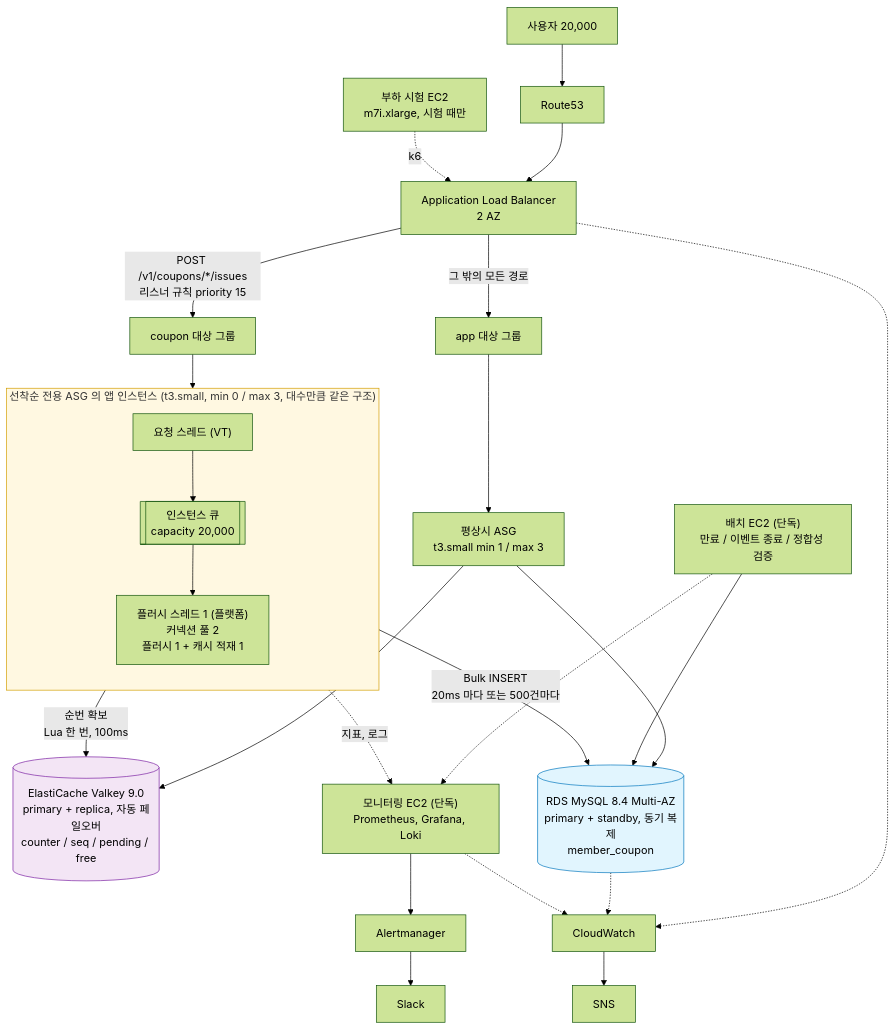
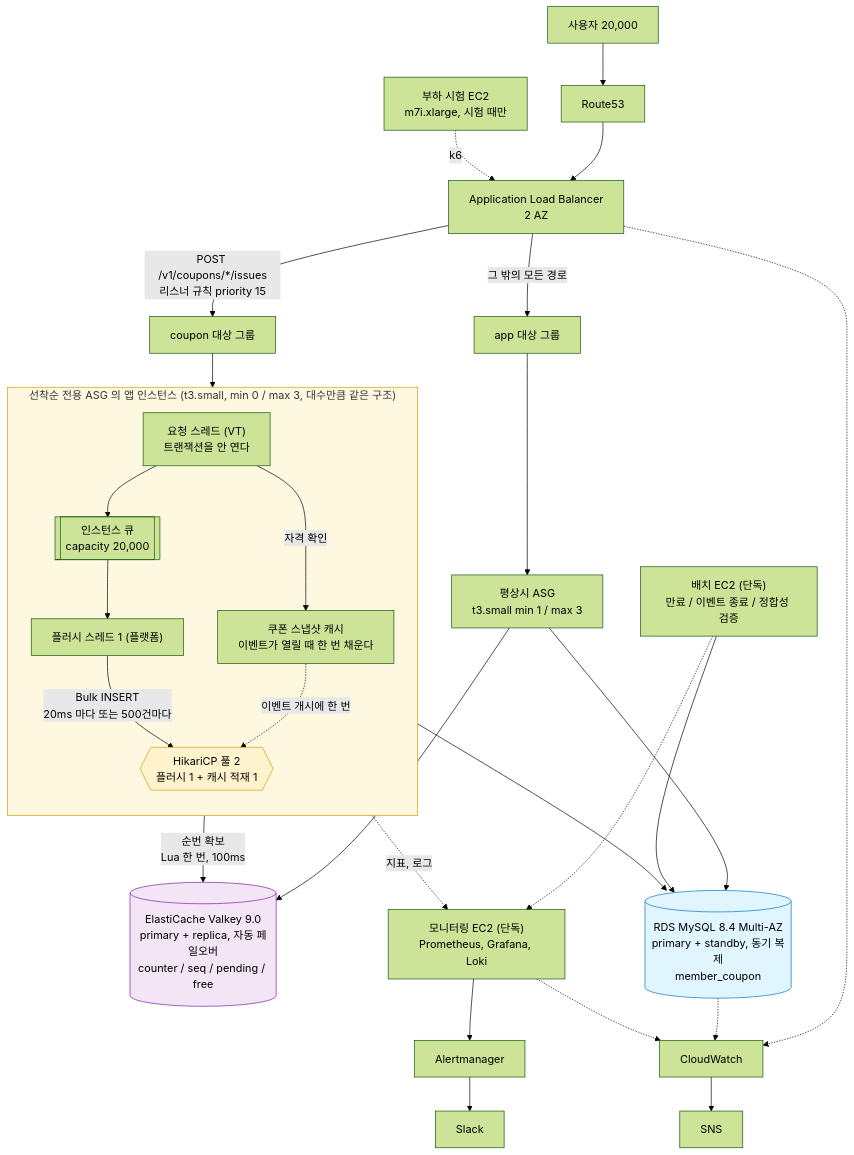
Before and after one commit to fresh-market/fm-backend: the first of 2 diagrams in README.md, drawn with Mermaid (forest theme).

Commit message:
[Docs] 구조 그림에 스냅샷 캐시와 커넥션 풀을 넣는다

````diff
--- a/README.md
+++ b/README.md
@@ -253,38 +253,47 @@
 ```mermaid
 flowchart TB
     U["사용자 20,000"] --> R53["Route53"]
     R53 --> ALB["Application Load Balancer<br/>2 AZ"]
 
     ALB -->|"POST /v1/coupons/*/issues<br/>리스너 규칙 priority 15"| TGC["coupon 대상 그룹"]
     ALB -->|"그 밖의 모든 경로"| TGA["app 대상 그룹"]
     TGA --> ASGA["평상시 ASG<br/>t3.small  min 1 / max 3"]
 
     subgraph COUPON["선착순 전용 ASG 의 앱 인스턴스 (t3.small, min 0 / max 3, 대수만큼 같은 구조)"]
         direction TB
-        VT["요청 스레드 (VT)"] --> Q1[["인스턴스 큐<br/>capacity 20,000"]]
-        Q1 --> F1["플러시 스레드 1 (플랫폼)<br/>커넥션 풀 2<br/>플러시 1 + 캐시 적재 1"]
+        VT["요청 스레드 (VT)<br/>트랜잭션을 안 연다"]
+        SNAP["쿠폰 스냅샷 캐시<br/>이벤트가 열릴 때 한 번 채운다"]
+        Q1[["인스턴스 큐<br/>capacity 20,000"]]
+        F1["플러시 스레드 1 (플랫폼)"]
+        POOL{{"HikariCP 풀 2<br/>플러시 1 + 캐시 적재 1"}}
+        VT -->|"자격 확인"| SNAP
+        VT --> Q1
+        Q1 --> F1
+        F1 -->|"Bulk INSERT<br/>20ms 마다 또는 500건마다"| POOL
+        SNAP -.->|"이벤트 개시에 한 번"| POOL
     end
     TGC --> VT
 
     CACHE[("ElastiCache Valkey 9.0<br/>primary + replica, 자동 페일오버<br/>counter / seq / pending / free")]
     RDS[("RDS MySQL 8.4 Multi-AZ<br/>primary + standby, 동기 복제<br/>member_coupon")]
 
     VT -->|"순번 확보<br/>Lua 한 번, 100ms"| CACHE
-    F1 -->|"Bulk INSERT<br/>20ms 마다 또는 500건마다"| RDS
+    POOL --> RDS
     ASGA --> RDS
     ASGA --> CACHE
 
     BATCH["배치 EC2 (단독)<br/>만료 / 이벤트 종료 / 정합성 검증"] --> RDS
     MON["모니터링 EC2 (단독)<br/>Prometheus, Grafana, Loki"]
     LT["부하 시험 EC2<br/>m7i.xlarge, 시험 때만"] -.->|"k6"| ALB
 
     COUPON -.->|"지표, 로그"| MON
     BATCH -.-> MON
     MON --> AM["Alertmanager"] --> SLACK["Slack"]
     ALB & RDS & MON -.-> CW["CloudWatch"]
     CW --> SNS["SNS"]
 
     style COUPON fill:#fff8e1,stroke:#d39e00
+    style POOL fill:#fff3cd,stroke:#d39e00
     style CACHE fill:#f3e5f5,stroke:#7b1fa2
     style RDS fill:#e1f5fe,stroke:#0277bd
 ```
````
